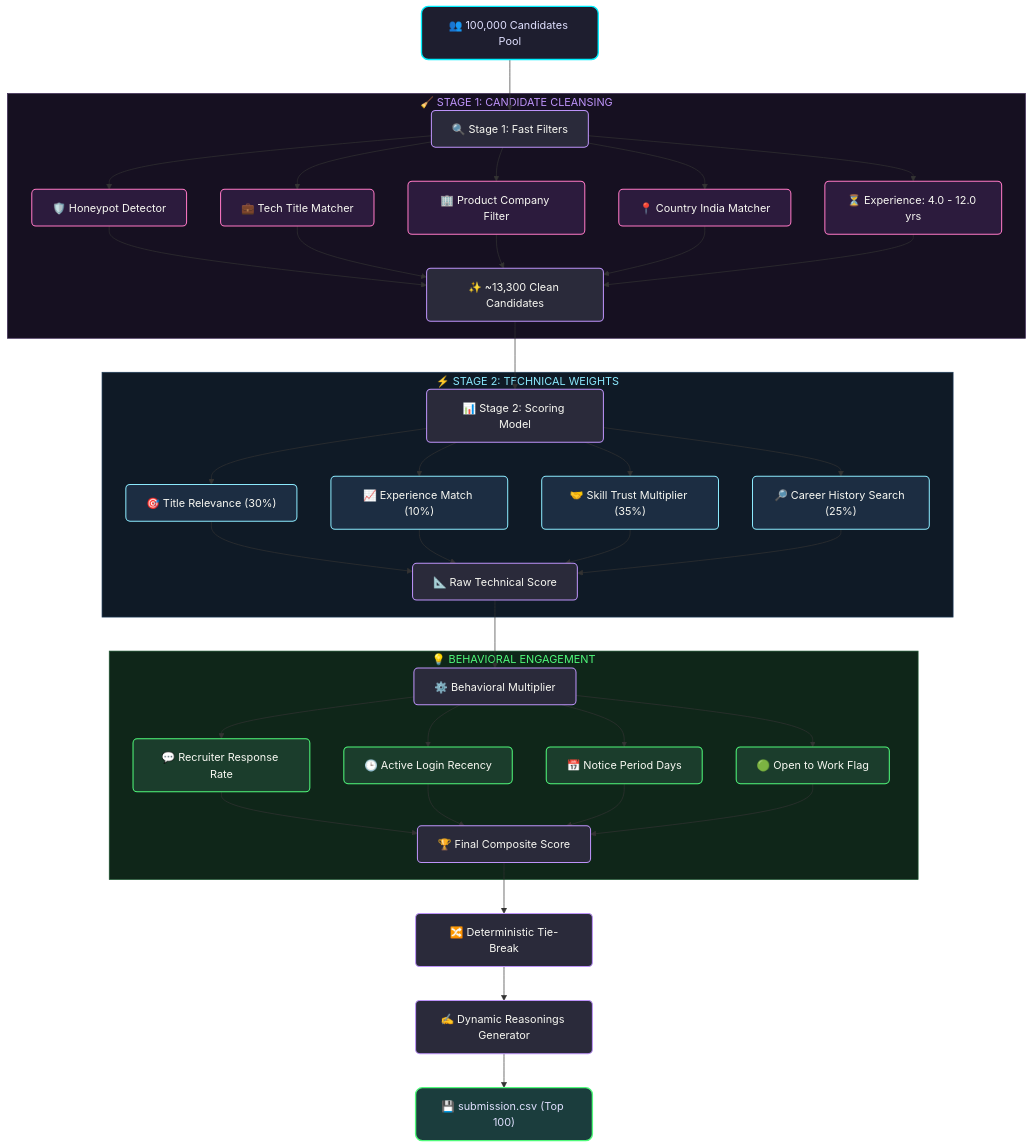
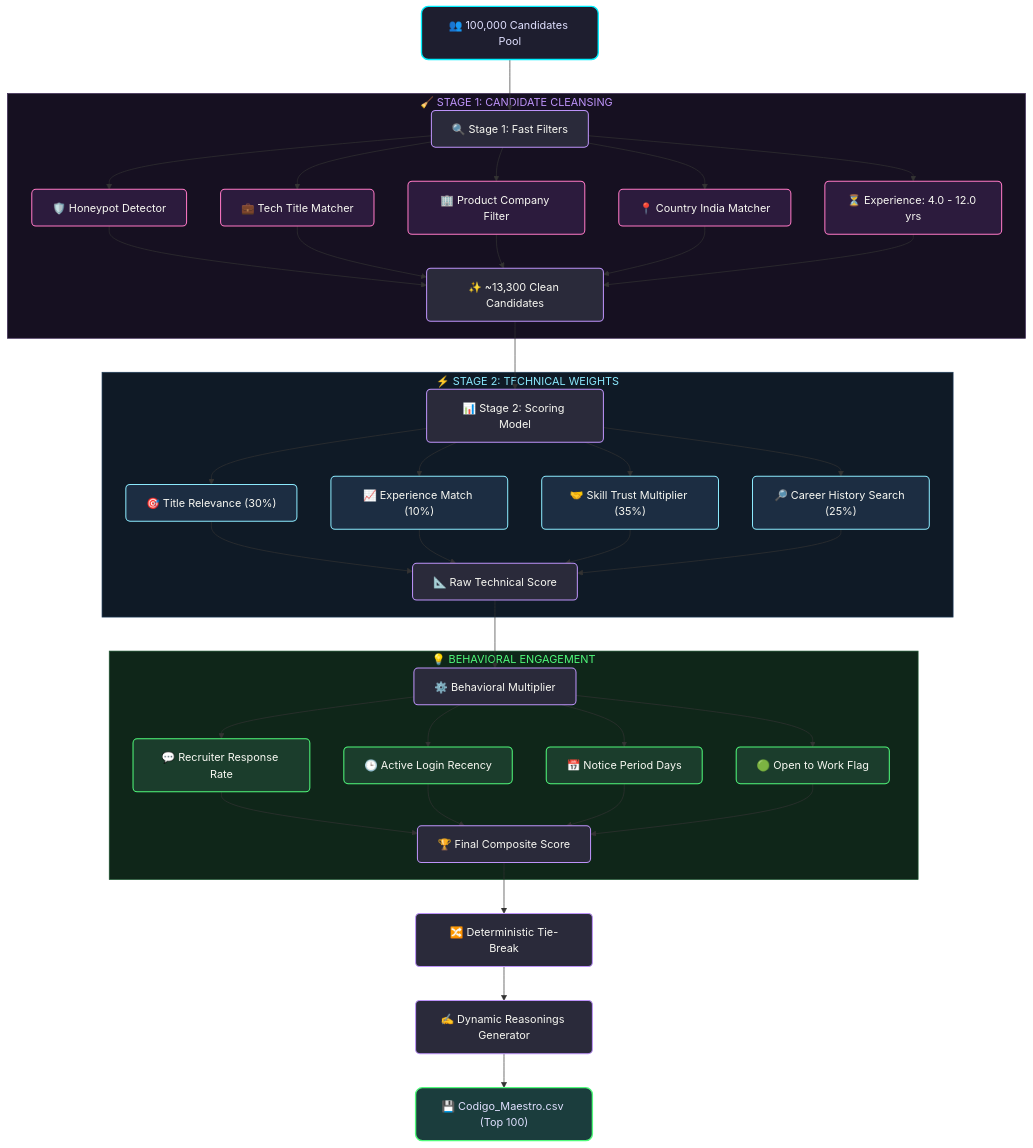
Before and after one commit to SwayamAg/India_runs_data_and_ai_challenge: the diagram in README.md, drawn with Mermaid. The commit also changed other lines of this file and 2 other files, not shown here.

Commit message:
docs: set team name to Codigo Maestro in CSV, metadata, and README

````diff
--- a/README.md
+++ b/README.md
@@ -40,62 +40,62 @@
 ```mermaid
 graph TD
     %% Define Classes for Styling
     classDef pool fill:#1e1e2f,stroke:#00f0ff,stroke-width:2px,color:#e0e0ff,rx:10px,ry:10px;
     classDef stage1 fill:#2c1b3d,stroke:#ff79c6,stroke-width:1.5px,color:#f8f8f2,rx:6px,ry:6px;
     classDef stage2 fill:#1c2d42,stroke:#8be9fd,stroke-width:1.5px,color:#f8f8f2,rx:6px,ry:6px;
     classDef behavioral fill:#1b3d2c,stroke:#50fa7b,stroke-width:1.5px,color:#f8f8f2,rx:6px,ry:6px;
     classDef process fill:#2a2a3a,stroke:#bd93f9,stroke-width:1.5px,color:#f8f8f2,rx:6px,ry:6px;
     classDef output fill:#1b3d3d,stroke:#50fa7b,stroke-width:2px,color:#e0e0ff,rx:10px,ry:10px;
 
     A["👥 100,000 Candidates Pool"]:::pool --> B["🔍 Stage 1: Fast Filters"]:::process
     
     subgraph S1 ["🧹 STAGE 1: CANDIDATE CLEANSING"]
         B
         B1["🛡️ Honeypot Detector"]:::stage1
         B2["💼 Tech Title Matcher"]:::stage1
         B3["🏢 Product Company Filter"]:::stage1
         B4["📍 Country India Matcher"]:::stage1
         B5["⏳ Experience: 4.0 - 12.0 yrs"]:::stage1
         C["✨ ~13,300 Clean Candidates"]:::process
     end
     
     B --> B1 & B2 & B3 & B4 & B5
     B1 & B2 & B3 & B4 & B5 --> C
     
     C --> D["📊 Stage 2: Scoring Model"]:::process
     
     subgraph S2 ["⚡ STAGE 2: TECHNICAL WEIGHTS"]
         D
         D1["🎯 Title Relevance (30%)"]:::stage2
         D2["📈 Experience Match (10%)"]:::stage2
         D3["🤝 Skill Trust Multiplier (35%)"]:::stage2
         D4["🔎 Career History Search (25%)"]:::stage2
         E["📐 Raw Technical Score"]:::process
     end
     
     D --> D1 & D2 & D3 & D4
     D1 & D2 & D3 & D4 --> E
     
     E --> F["⚙️ Behavioral Multiplier"]:::process
     
     subgraph S3 ["💡 BEHAVIORAL ENGAGEMENT"]
         F
         F1["💬 Recruiter Response Rate"]:::behavioral
         F2["🕒 Active Login Recency"]:::behavioral
         F3["📅 Notice Period Days"]:::behavioral
         F4["🟢 Open to Work Flag"]:::behavioral
         G["🏆 Final Composite Score"]:::process
     end
     
     F --> F1 & F2 & F3 & F4
     F1 & F2 & F3 & F4 --> G
     
     G --> H["🔀 Deterministic Tie-Break"]:::process
     H --> I["✍️ Dynamic Reasonings Generator"]:::process
-    I --> J["💾 submission.csv (Top 100)"]:::output
+    I --> J["💾 Codigo_Maestro.csv (Top 100)"]:::output
 
     %% Apply subgraph styles
     style S1 fill:#161021,stroke:#3b2754,stroke-width:1px,color:#bd93f9
     style S2 fill:#0f1a26,stroke:#1e3c59,stroke-width:1px,color:#8be9fd
     style S3 fill:#0f2619,stroke:#1e5933,stroke-width:1px,color:#50fa7b
 ```
````
